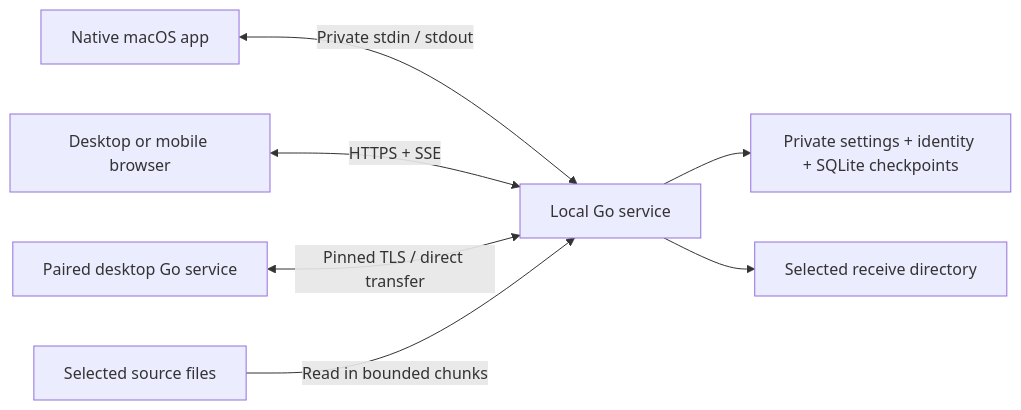
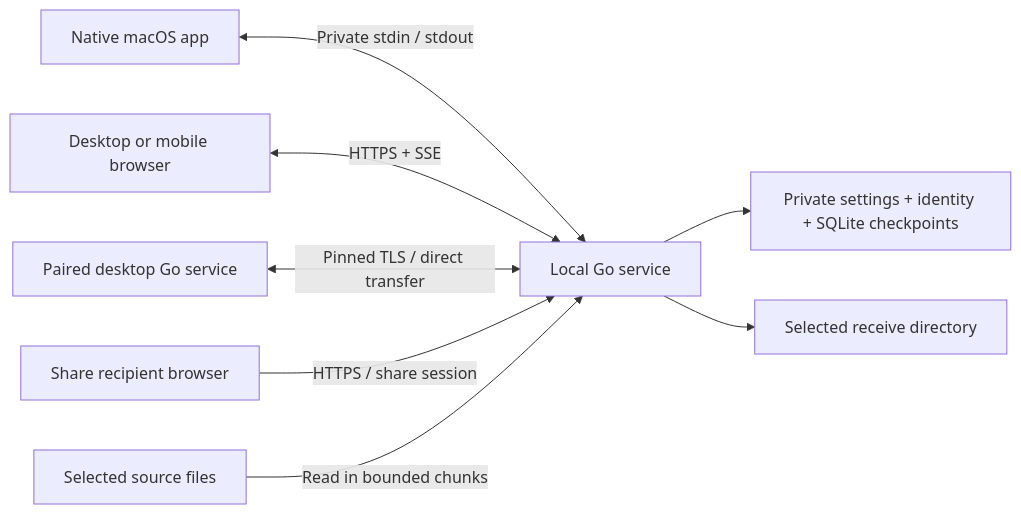
Before and after one commit to lucaskleinsteuber/Airlink: the diagram in docs/ARCHITECTURE.md, drawn with Mermaid. The commit also changed other lines of this file and 52 other files, not shown here.

````diff
--- a/docs/ARCHITECTURE.md
+++ b/docs/ARCHITECTURE.md
@@ -5,9 +5,10 @@
 ```mermaid
 flowchart LR
   Mac[Native macOS app] <-->|Private stdin / stdout| Host[Local Go service]
   Browser[Desktop or mobile browser] <-->|HTTPS + SSE| Host
   Peer[Paired desktop Go service] <-->|Pinned TLS / direct transfer| Host
+  Recipient[Share recipient browser] -->|HTTPS / share session| Host
   Host --> State[Private settings + identity + SQLite checkpoints]
   Host --> Destination[Selected receive directory]
   Source[Selected source files] -->|Read in bounded chunks| Host
 ```
````
